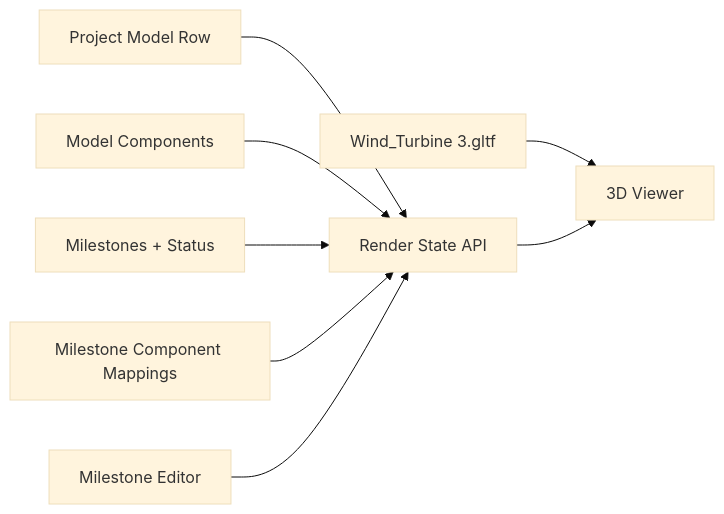
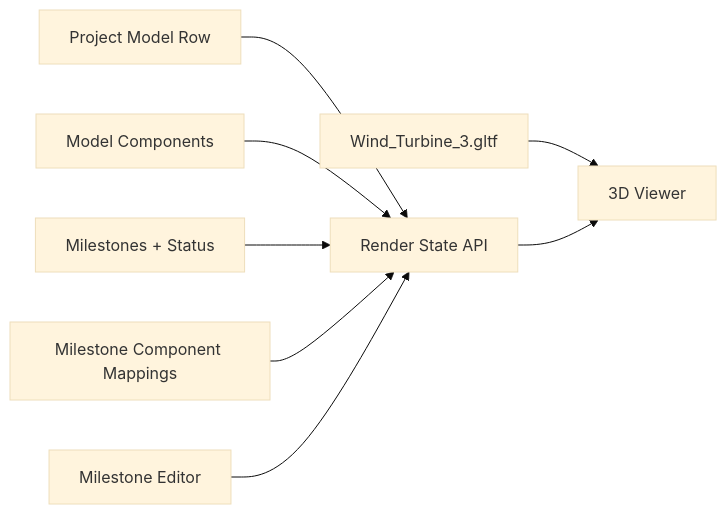
One commit to InfraFund-net7/front-pro changed the diagram in docs-dev/tasks/task-120-glTF-dashboard/task-124-glTF-model-visibility-from-database.md. Above: the diagram before and after it, drawn with Mermaid (base theme). The commit also changed other lines of this file and 15 other files, not shown here.

First line of the commit message:
refactor: replace spaces with underscores in Wind_Turbine glTF asset filenames

````diff
--- a/docs-dev/tasks/task-120-glTF-dashboard/task-124-glTF-model-visibility-from-database.md
+++ b/docs-dev/tasks/task-120-glTF-dashboard/task-124-glTF-model-visibility-from-database.md
@@ -72,10 +72,10 @@
 ```mermaid
 flowchart LR
-  ModelAsset[Wind_Turbine 3.gltf] --> Viewer[3D Viewer]
+  ModelAsset[Wind_Turbine_3.gltf] --> Viewer[3D Viewer]
   ProjectModel[Project Model Row] --> API[Render State API]
   Components[Model Components] --> API
   Milestones[Milestones + Status] --> API
   Mappings[Milestone Component Mappings] --> API
   API --> Viewer
   MilestoneEditor[Milestone Editor] --> API
 ```
````
